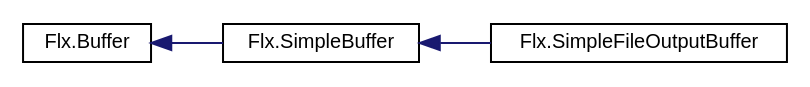
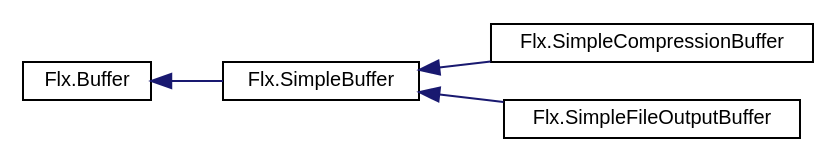
The diagram in python/doc/inherit_graph_0.dot (toem/flux), drawn with Graphviz before and after one commit. The commit also changed 176 other files, not shown here.

```diff
--- a/python/doc/inherit_graph_0.dot
+++ b/python/doc/inherit_graph_0.dot
@@ -1,12 +1,14 @@
 digraph "Graphical Class Hierarchy"
 {
  // LATEX_PDF_SIZE
   edge [fontname="Helvetica",fontsize="10",labelfontname="Helvetica",labelfontsize="10"];
   node [fontname="Helvetica",fontsize="10",shape=record];
   rankdir="LR";
   Node0 [label="Flx.Buffer",height=0.2,width=0.4,color="black", fillcolor="white", style="filled",URL="$classFlx_1_1Buffer.html",tooltip=" "];
   Node0 -> Node1 [dir="back",color="midnightblue",fontsize="10",style="solid",fontname="Helvetica"];
   Node1 [label="Flx.SimpleBuffer",height=0.2,width=0.4,color="black", fillcolor="white", style="filled",URL="$classFlx_1_1SimpleBuffer.html",tooltip=" "];
   Node1 -> Node2 [dir="back",color="midnightblue",fontsize="10",style="solid",fontname="Helvetica"];
-  Node2 [label="Flx.SimpleFileOutputBuffer",height=0.2,width=0.4,color="black", fillcolor="white", style="filled",URL="$classFlx_1_1SimpleFileOutputBuffer.html",tooltip=" "];
+  Node2 [label="Flx.SimpleCompressionBuffer",height=0.2,width=0.4,color="black", fillcolor="white", style="filled",URL="$classFlx_1_1SimpleCompressionBuffer.html",tooltip=" "];
+  Node1 -> Node3 [dir="back",color="midnightblue",fontsize="10",style="solid",fontname="Helvetica"];
+  Node3 [label="Flx.SimpleFileOutputBuffer",height=0.2,width=0.4,color="black", fillcolor="white", style="filled",URL="$classFlx_1_1SimpleFileOutputBuffer.html",tooltip=" "];
 }
```
